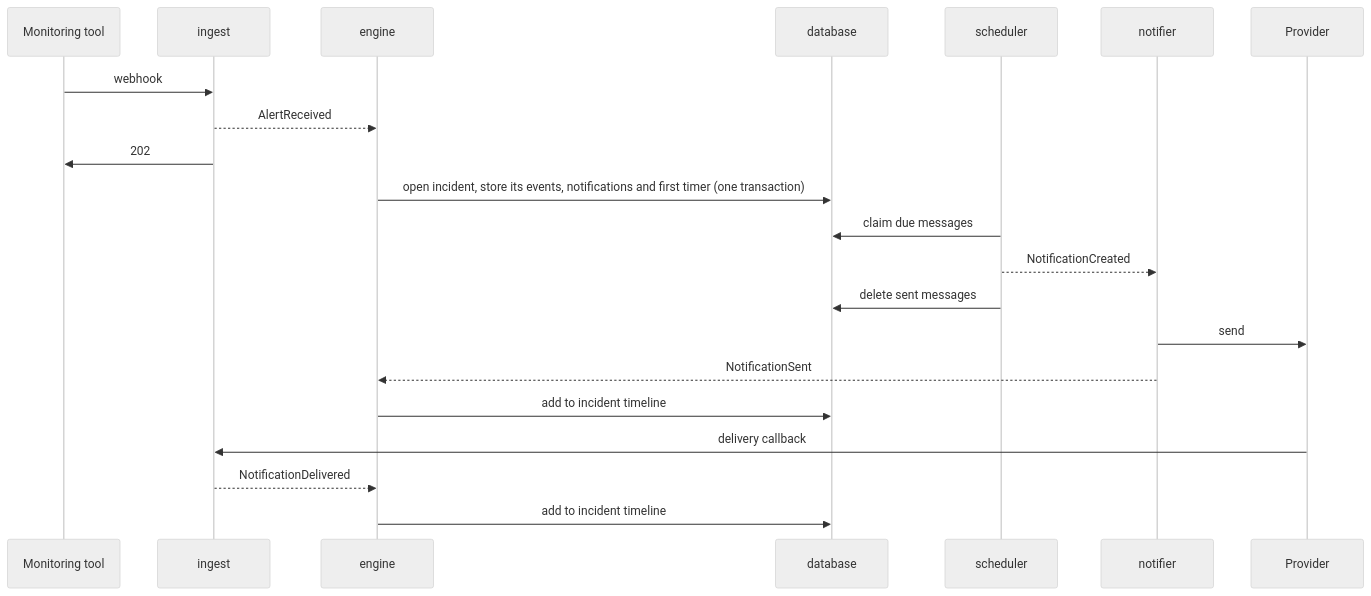
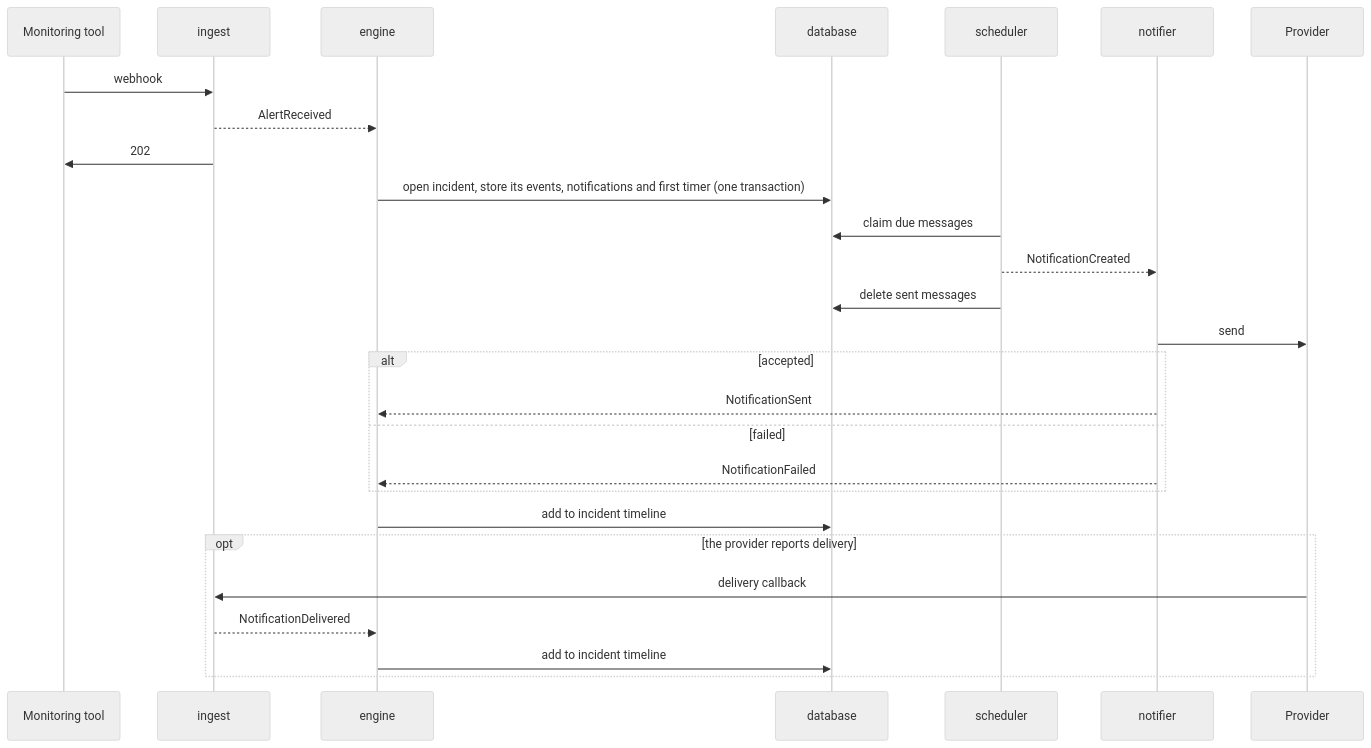
The second of 5 diagrams in docs/architecture.md (murphyhq/server), drawn with Mermaid (neutral theme) before and after one commit. The commit also changed other lines of this file, not shown here.

````diff
--- a/docs/architecture.md
+++ b/docs/architecture.md
@@ -112,23 +114,29 @@
 ```mermaid
 sequenceDiagram
   participant M as Monitoring tool
   participant I as ingest
   participant E as engine
   participant D as database
   participant S as scheduler
   participant N as notifier
   participant P as Provider
   M->>I: webhook
   I-->>E: AlertReceived
   I->>M: 202
   E->>D: open incident, store its events, notifications and first timer (one transaction)
   S->>D: claim due messages
   S-->>N: NotificationCreated
   S->>D: delete sent messages
   N->>P: send
-  N-->>E: NotificationSent
+  alt accepted
+    N-->>E: NotificationSent
+  else failed
+    N-->>E: NotificationFailed
+  end
   E->>D: add to incident timeline
-  P->>I: delivery callback
-  I-->>E: NotificationDelivered
-  E->>D: add to incident timeline
+  opt the provider reports delivery
+    P->>I: delivery callback
+    I-->>E: NotificationDelivered
+    E->>D: add to incident timeline
+  end
 ```
````
